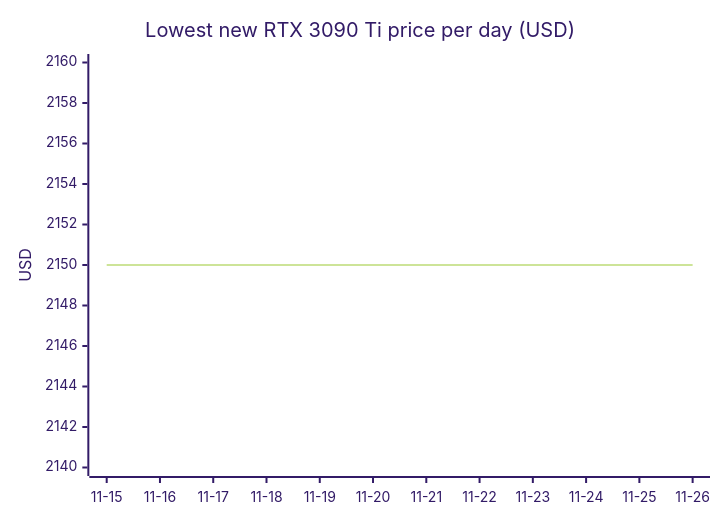
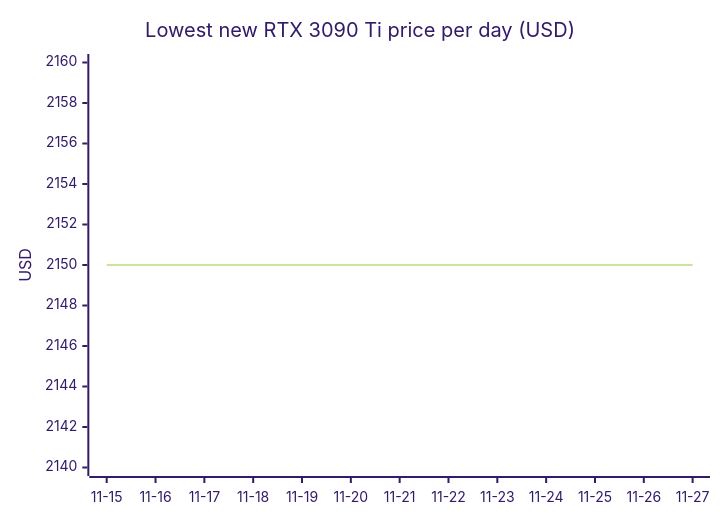
Before and after one commit to 7324136828/4tb_ssd_price_watch: the eighth of 18 diagrams in README.md, drawn with Mermaid (forest theme). The commit also changed other lines of this file, not shown here.

````diff
--- a/README.md
+++ b/README.md
@@ -996,7 +1024,7 @@
 ```mermaid
 xychart-beta
     title "Lowest new RTX 3090 Ti price per day (USD)"
-    x-axis ["11-15", "11-16", "11-17", "11-18", "11-19", "11-20", "11-21", "11-22", "11-23", "11-24", "11-25", "11-26"]
+    x-axis ["11-15", "11-16", "11-17", "11-18", "11-19", "11-20", "11-21", "11-22", "11-23", "11-24", "11-25", "11-26", "11-27"]
     y-axis "USD" 2140 --> 2160
-    line [2150.00, 2150.00, 2150.00, 2150.00, 2150.00, 2150.00, 2150.00, 2150.00, 2150.00, 2150.00, 2150.00, 2150.00]
+    line [2150.00, 2150.00, 2150.00, 2150.00, 2150.00, 2150.00, 2150.00, 2150.00, 2150.00, 2150.00, 2150.00, 2150.00, 2150.00]
 ```
````
